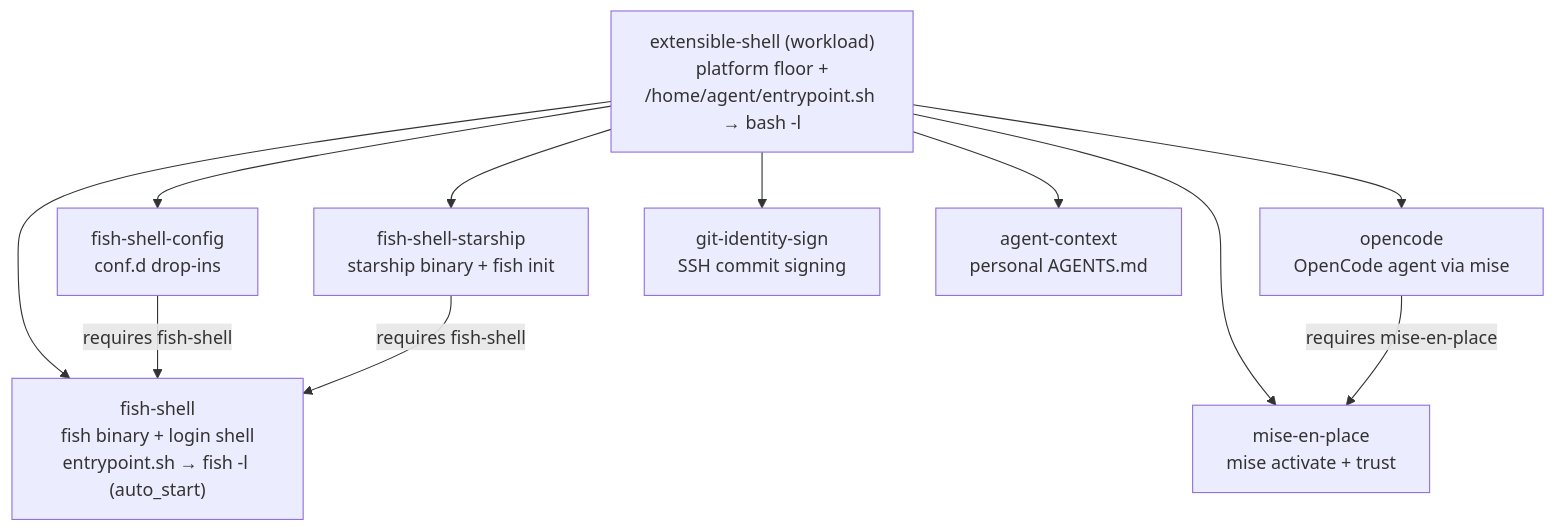
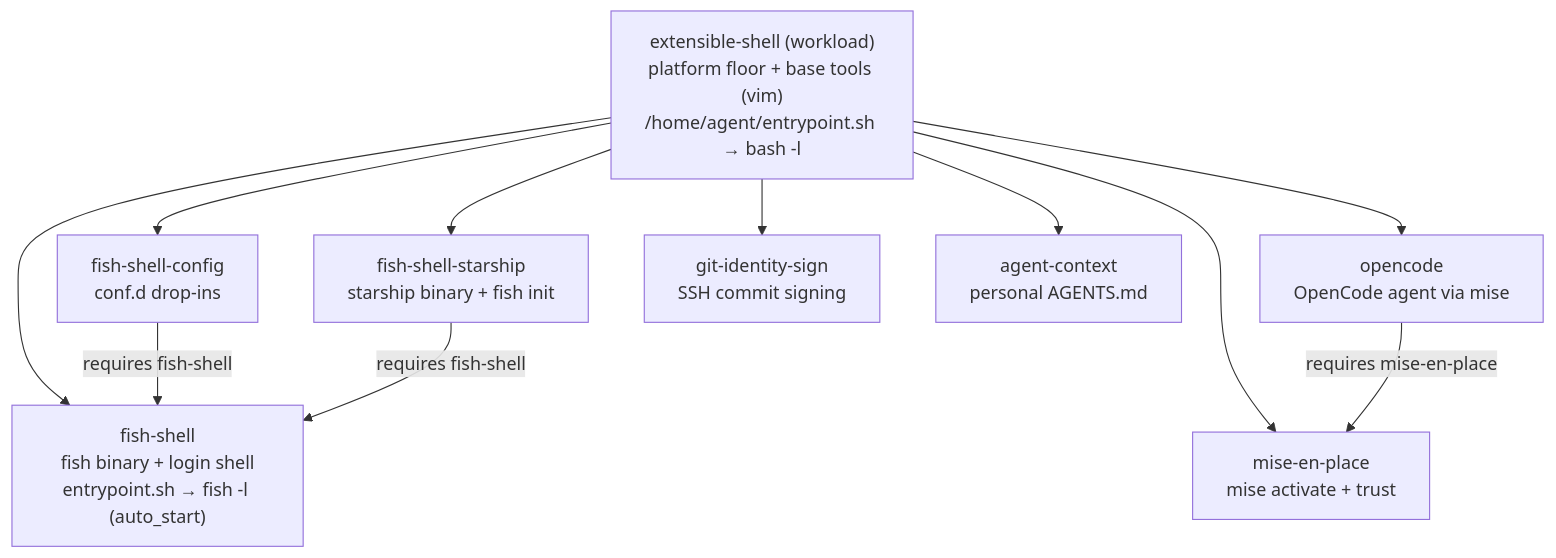
The diagram in .lode/kits/summary.md (dirkgroot/docker-sbx-kits), drawn with Mermaid before and after one commit. The commit also changed other lines of this file and 6 other files, not shown here.

First line of the commit message:
Install vim as a base tool in the extensible-shell workload

````diff
--- a/.lode/kits/summary.md
+++ b/.lode/kits/summary.md
@@ -21,14 +23,14 @@
 ```mermaid
 flowchart TD
-    wl["extensible-shell (workload)<br/>platform floor +<br/>/home/agent/entrypoint.sh → bash -l"]
+    wl["extensible-shell (workload)<br/>platform floor + base tools (vim)<br/>/home/agent/entrypoint.sh → bash -l"]
     wl --> fs["fish-shell<br/>fish binary + login shell<br/>entrypoint.sh → fish -l (auto_start)"]
     wl --> cfg["fish-shell-config<br/>conf.d drop-ins"]
     wl --> st["fish-shell-starship<br/>starship binary + fish init"]
     wl --> me["mise-en-place<br/>mise activate + trust"]
     wl --> oc["opencode<br/>OpenCode agent via mise"]
     wl --> gi["git-identity-sign<br/>SSH commit signing"]
     wl --> ac["agent-context<br/>personal AGENTS.md"]
     oc -->|requires mise-en-place| me
     cfg -->|requires fish-shell| fs
     st -->|requires fish-shell| fs
 ```
````
